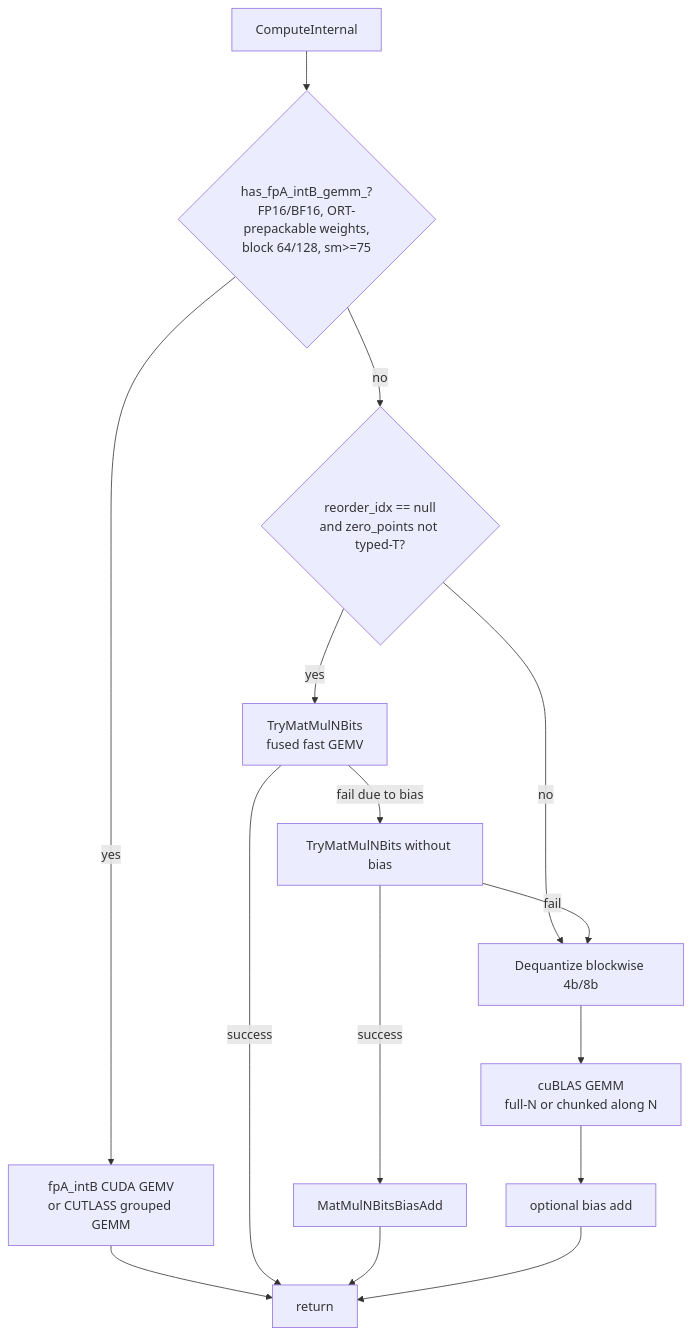
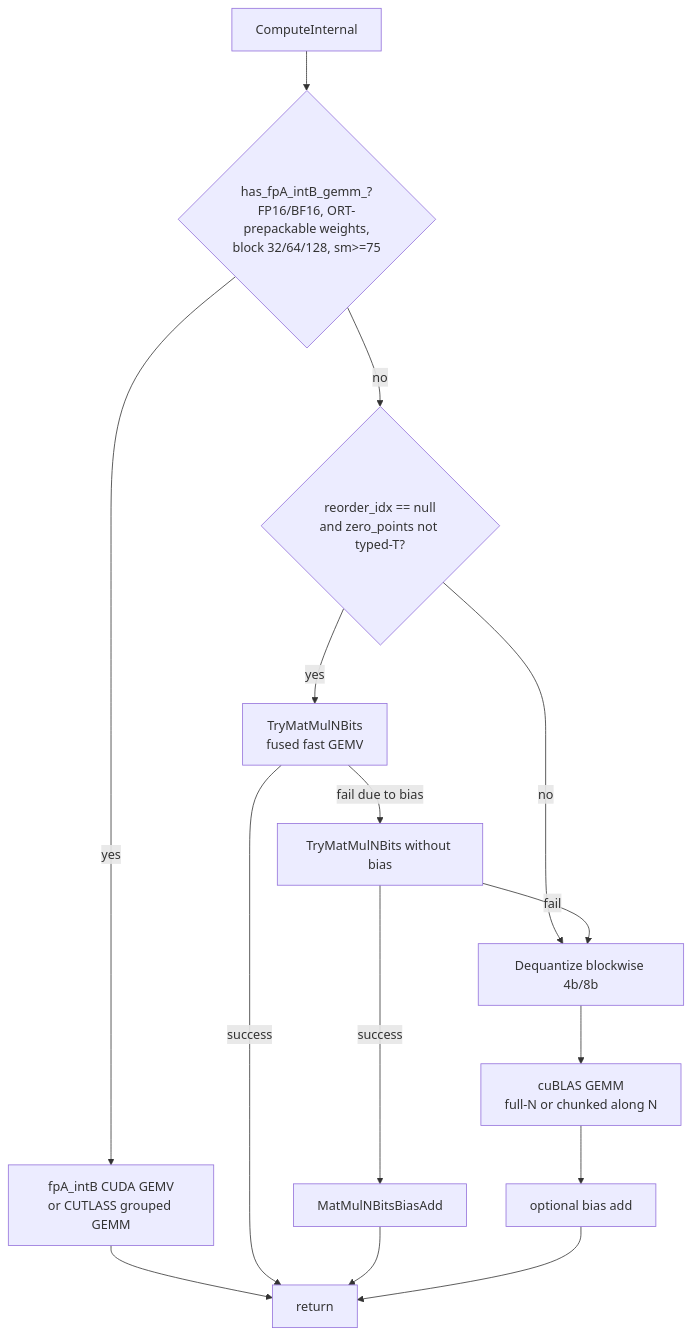
One commit to tianleiwu/onnxruntime changed the diagram in docs/contrib_ops/cuda/matmul_nbits.md. Above: the diagram before and after it, drawn with Mermaid. The commit also changed other lines of this file and 6 other files, not shown here.

````diff
--- a/docs/contrib_ops/cuda/matmul_nbits.md
+++ b/docs/contrib_ops/cuda/matmul_nbits.md
@@ -113,14 +113,14 @@
 ```mermaid
 flowchart TD
-  A[ComputeInternal] --> F{has_fpA_intB_gemm_?<br/>FP16/BF16, ORT-prepackable weights,<br/>block 64/128, sm>=75}
+  A[ComputeInternal] --> F{has_fpA_intB_gemm_?<br/>FP16/BF16, ORT-prepackable weights,<br/>block 32/64/128, sm>=75}
   F -- yes --> FP[fpA_intB CUDA GEMV<br/>or CUTLASS grouped GEMM] --> R[return]
   F -- no --> G{reorder_idx == null<br/>and zero_points not typed-T?}
   G -- no --> DQ
   G -- yes --> T1[TryMatMulNBits<br/>fused fast GEMV]
   T1 -- success --> R
   T1 -- fail due to bias --> T2[TryMatMulNBits without bias]
   T2 -- success --> BIAS[MatMulNBitsBiasAdd] --> R
   T2 -- fail --> DQ
   DQ[Dequantize blockwise 4b/8b] --> GEMM[cuBLAS GEMM<br/>full-N or chunked along N]
   GEMM --> BIAS2[optional bias add] --> R
 ```
````
